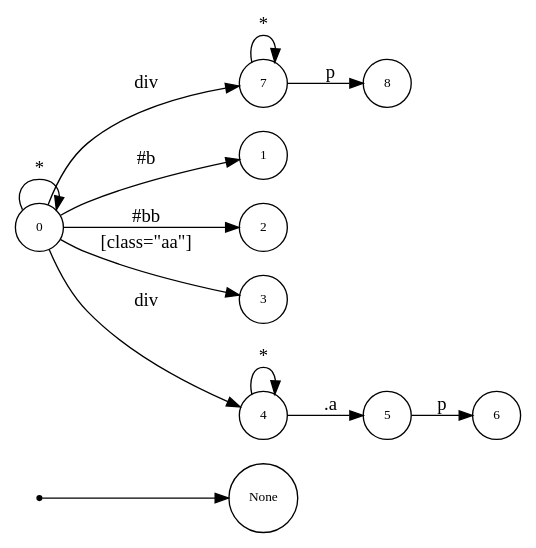
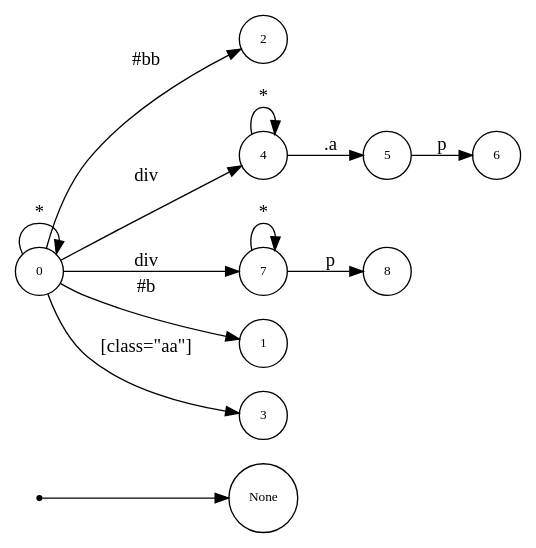
Before and after one commit to asukaminato0721/css-bitvector-compiler: the diagram in css-gen-op/testcase/dot.dot, drawn with Graphviz. The commit also changed other lines of this file and 9 other files, not shown here.

```diff
--- a/css-gen-op/testcase/dot.dot
+++ b/css-gen-op/testcase/dot.dot
@@ -1,27 +1,27 @@
 digraph NFA {
   rankdir=LR;
   node [shape=circle, fontsize=10];
   __start [shape=point, label=""];
   __start -> None;
-  5 [label="5"];
+  2 [label="2"];
+  4 [label="4"];
   7 [label="7"];
   6 [label="6"];
+  8 [label="8"];
+  1 [label="1"];
   0 [label="0"];
-  1 [label="1"];
-  2 [label="2"];
+  5 [label="5"];
   3 [label="3"];
-  4 [label="4"];
-  8 [label="8"];
   { node [shape=doublecircle]; 1 2 3 6 8 }
   0 -> 0 [label="*"];
   0 -> 1 [label="#b"];
   0 -> 2 [label="#bb"];
   0 -> 3 [label="[class=\"aa\"]"];
   0 -> 4 [label="div"];
   4 -> 4 [label="*"];
   4 -> 5 [label=".a"];
   5 -> 6 [label="p"];
   0 -> 7 [label="div"];
   7 -> 7 [label="*"];
   7 -> 8 [label="p"];
 }
```
